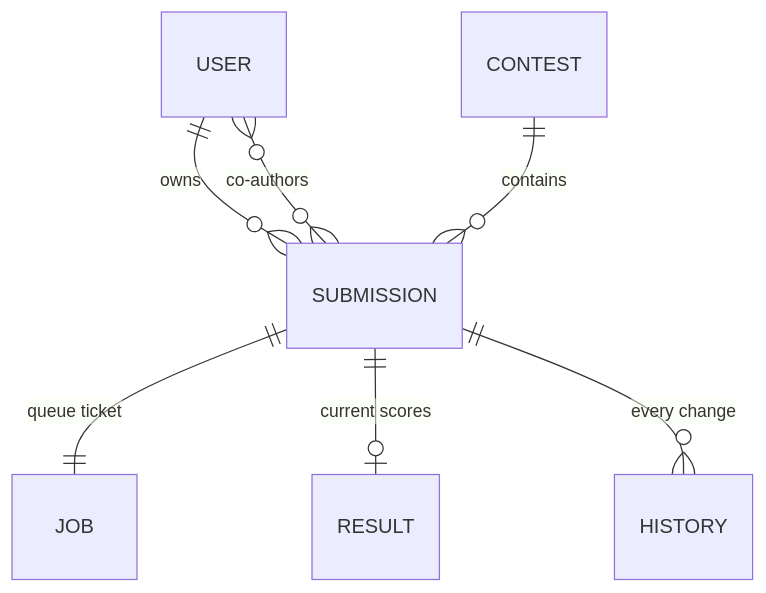
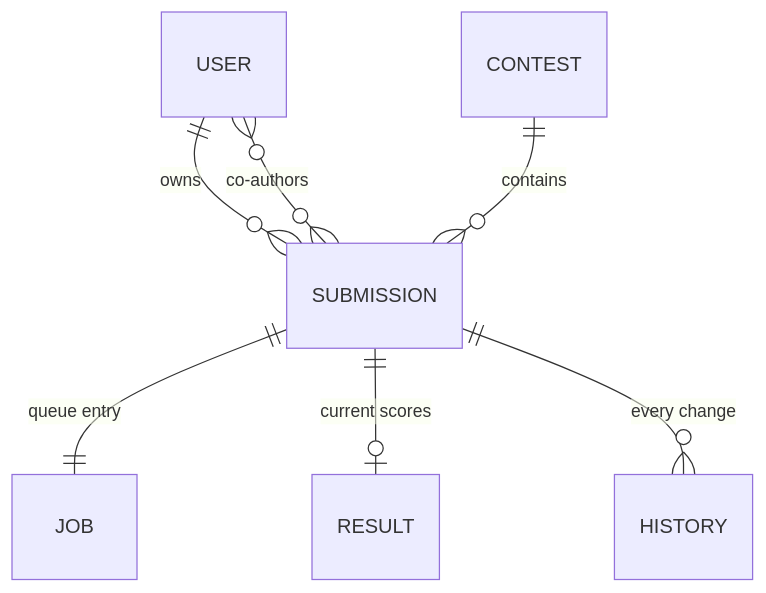
Before and after one commit to McMaster-Battery-Research-Group/battery-soc-benchmark: the sixth of 11 diagrams in docs/walkthrough/ALL-IN-ONE.md, drawn with Mermaid. The commit also changed other lines of this file and 22 other files, not shown here.

````diff
--- a/docs/walkthrough/ALL-IN-ONE.md
+++ b/docs/walkthrough/ALL-IN-ONE.md
@@ -343,9 +412,9 @@
 ```mermaid
 erDiagram
     USER ||--o{ SUBMISSION : owns
-    SUBMISSION ||--|| JOB : "queue ticket"
+    SUBMISSION ||--|| JOB : "queue entry"
     SUBMISSION ||--o| RESULT : "current scores"
     SUBMISSION ||--o{ HISTORY : "every change"
     SUBMISSION }o--o{ USER : "co-authors"
     CONTEST ||--o{ SUBMISSION : contains
 ```
````
